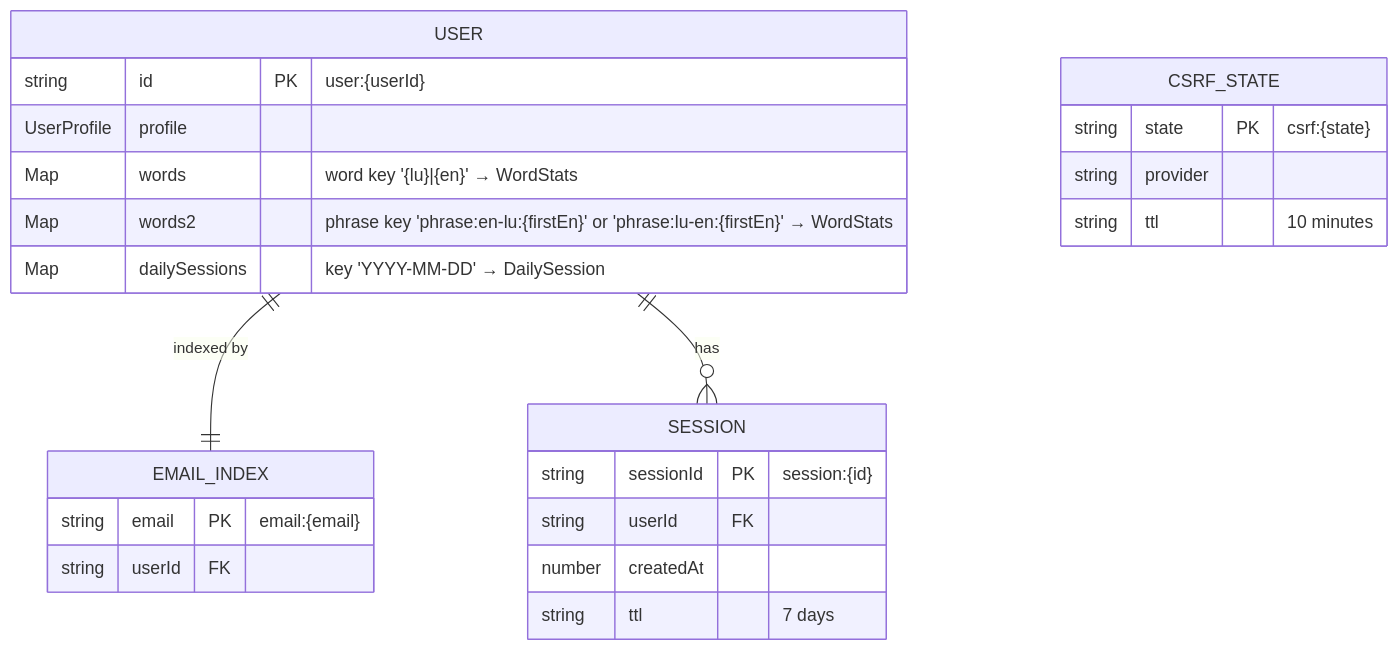
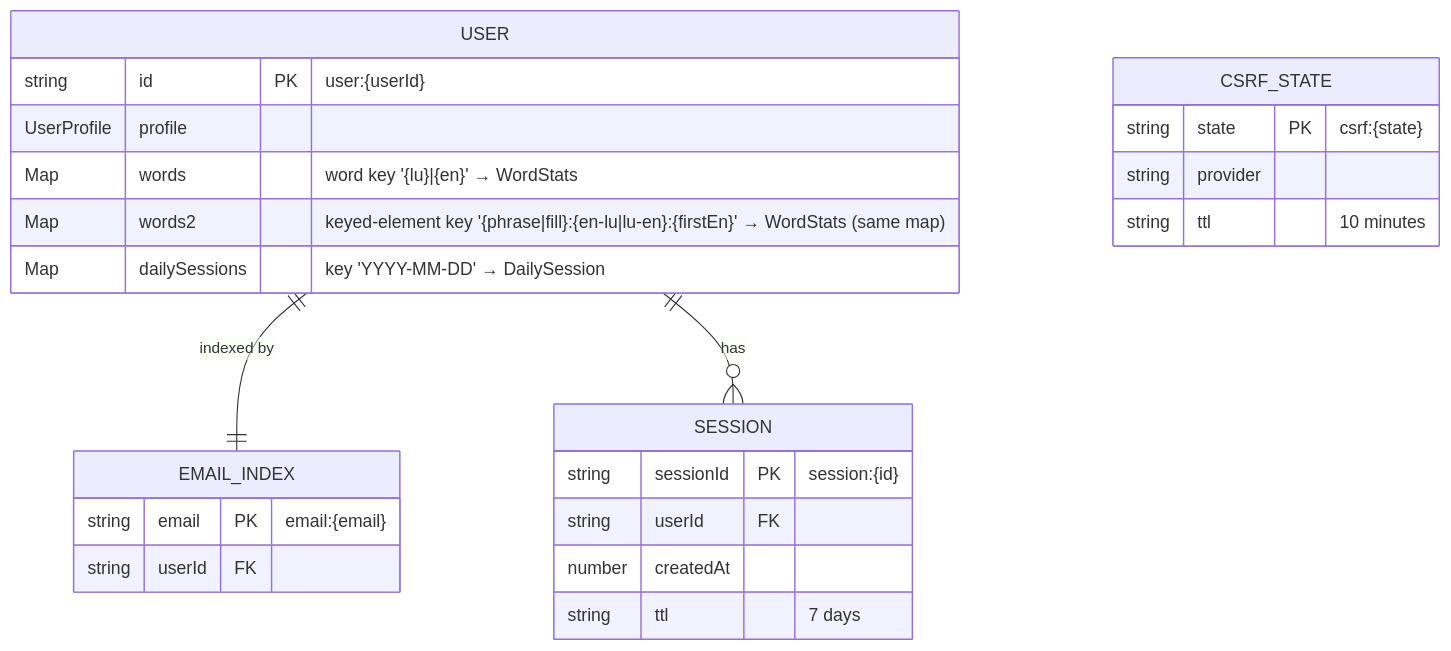
The third of 3 diagrams in CLAUDE.md (ashenwolf/roude-leiw-web), drawn with Mermaid before and after one commit. The commit also changed other lines of this file and 51 other files, not shown here.

````diff
--- a/CLAUDE.md
+++ b/CLAUDE.md
@@ -461,27 +493,27 @@
 ```mermaid
 erDiagram
   USER {
     string id PK "user:{userId}"
     UserProfile profile
     Map words "word key '{lu}|{en}' → WordStats"
-    Map words2 "phrase key 'phrase:en-lu:{firstEn}' or 'phrase:lu-en:{firstEn}' → WordStats"
+    Map words2 "keyed-element key '{phrase|fill}:{en-lu|lu-en}:{firstEn}' → WordStats (same map)"
     Map dailySessions "key 'YYYY-MM-DD' → DailySession"
   }
   EMAIL_INDEX {
     string email PK "email:{email}"
     string userId FK
   }
   SESSION {
     string sessionId PK "session:{id}"
     string userId FK
     number createdAt
     string ttl "7 days"
   }
   CSRF_STATE {
     string state PK "csrf:{state}"
     string provider
     string ttl "10 minutes"
   }
   USER ||--|| EMAIL_INDEX : "indexed by"
   USER ||--o{ SESSION : "has"
 ```
````
